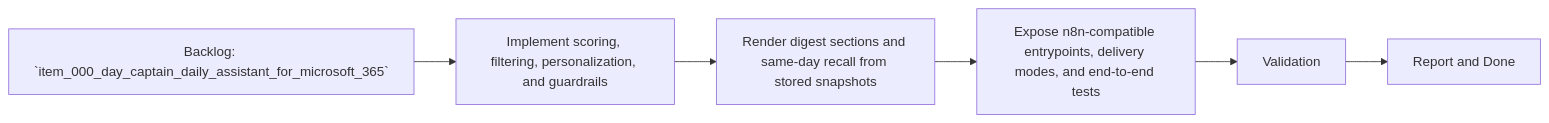
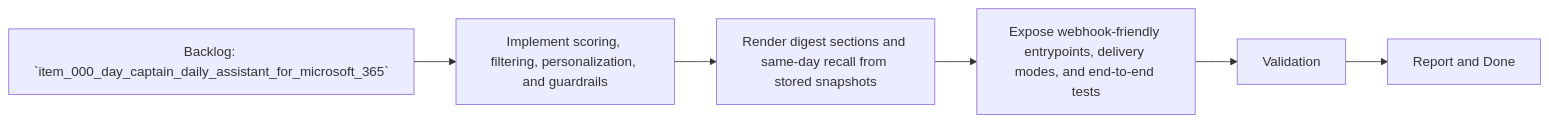
The diagram in logics/tasks/task_002_day_captain_digest_scoring_recall_and_delivery.md (AlexAgo83/day-captain), drawn with Mermaid before and after one commit. The commit also changed other lines of this file and 6 other files, not shown here.

````diff
--- a/logics/tasks/task_002_day_captain_digest_scoring_recall_and_delivery.md
+++ b/logics/tasks/task_002_day_captain_digest_scoring_recall_and_delivery.md
@@ -19,8 +19,8 @@
 ```mermaid
 flowchart LR
     Backlog[Backlog: `item_000_day_captain_daily_assistant_for_microsoft_365`] --> Step1[Implement scoring, filtering, personalization, and guardrails]
     Step1 --> Step2[Render digest sections and same-day recall from stored snapshots]
-    Step2 --> Step3[Expose n8n-compatible entrypoints, delivery modes, and end-to-end tests]
+    Step2 --> Step3[Expose webhook-friendly entrypoints, delivery modes, and end-to-end tests]
     Step3 --> Validation[Validation]
     Validation --> Report[Report and Done]
 ```
````
